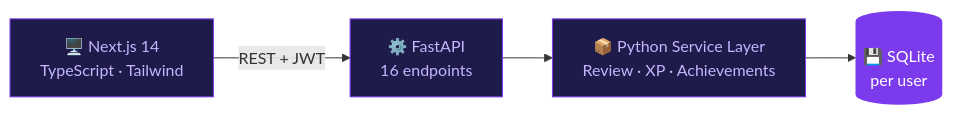
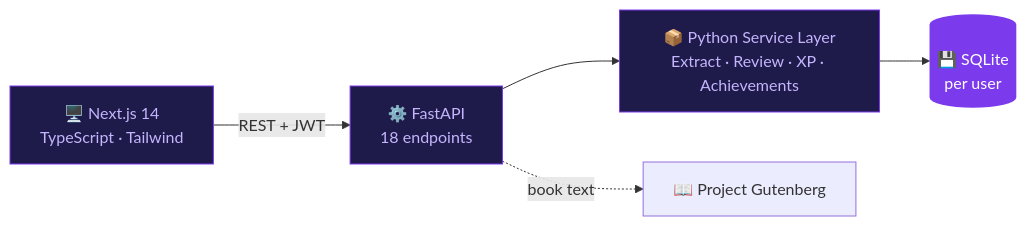
Before and after one commit to sandeepdanda/readloot: the second of 3 diagrams in README.md, drawn with Mermaid. The commit also changed other lines of this file, not shown here.

````diff
--- a/README.md
+++ b/README.md
@@ -54,9 +58,10 @@
 ```mermaid
 graph LR
-    A["🖥️ Next.js 14\nTypeScript · Tailwind"] -->|REST + JWT| B["⚙️ FastAPI\n16 endpoints"] --> C["📦 Python Service Layer\nReview · XP · Achievements"] --> D[("💾 SQLite\nper user")]
+    A["🖥️ Next.js 14\nTypeScript · Tailwind"] -->|REST + JWT| B["⚙️ FastAPI\n18 endpoints"] --> C["📦 Python Service Layer\nExtract · Review · XP · Achievements"] --> D[("💾 SQLite\nper user")]
+    B -.->|book text| G["📖 Project Gutenberg"]
 
     style A fill:#1e1b4b,color:#c4b5fd,stroke:#7c3aed
     style B fill:#1e1b4b,color:#c4b5fd,stroke:#7c3aed
     style C fill:#1e1b4b,color:#c4b5fd,stroke:#7c3aed
     style D fill:#7c3aed,color:#fff,stroke:none
 ```
````
